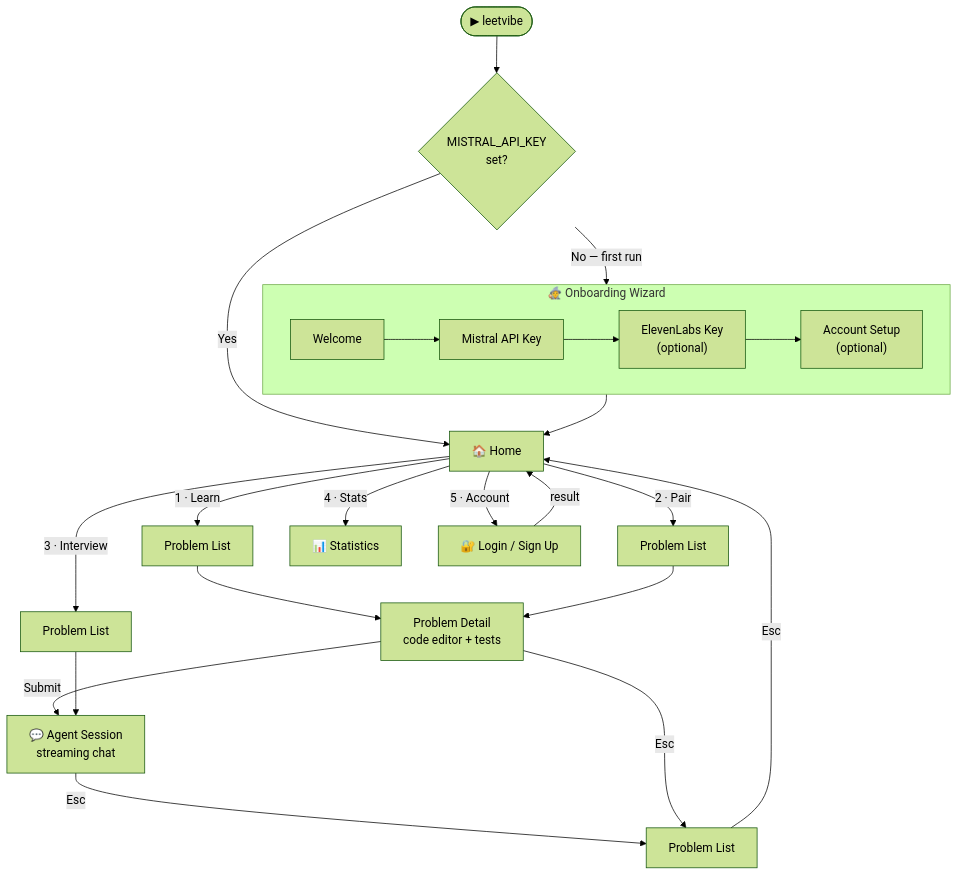
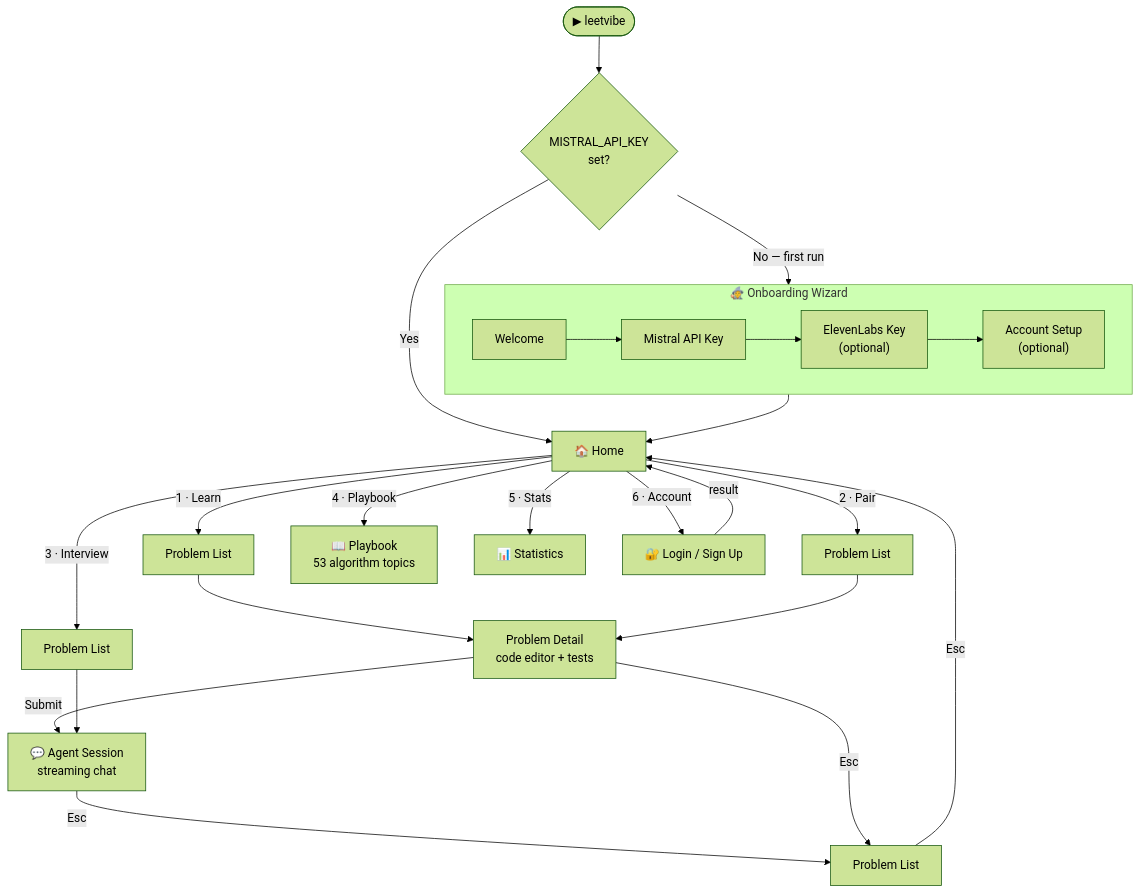
One commit to Hiba-Chaabnia/LeetVibe changed the second of 7 diagrams in README.md. Above: the diagram before and after it, drawn with Mermaid (forest theme). The commit also changed other lines of this file and 70 other files, not shown here.

Commit message:
feat: introduce 53-topic algorithm playbook (v0.1.4)

````diff
--- a/README.md
+++ b/README.md
@@ -177,30 +220,31 @@
 ```mermaid
 flowchart TD
     Launch(["▶ leetvibe"])
     Launch --> Check{"MISTRAL_API_KEY\nset?"}
     Check -- "No — first run" --> Onboard
     Check -- "Yes" --> Home
 
     subgraph Onboard["🧙 Onboarding Wizard"]
         W["Welcome"] --> AK["Mistral API Key"]
         AK --> EL["ElevenLabs Key\n(optional)"]
         EL --> AC["Account Setup\n(optional)"]
     end
 
     Onboard --> Home["🏠 Home"]
 
     Home -- "1 · Learn" --> LL["Problem List"]
     Home -- "2 · Pair" --> CL["Problem List"]
     Home -- "3 · Interview" --> IL["Problem List"]
-    Home -- "4 · Stats" --> Stats["📊 Statistics"]
-    Home -- "5 · Account" --> Login["🔐 Login / Sign Up"]
+    Home -- "4 · Playbook" --> Playbook["📖 Playbook\n53 algorithm topics"]
+    Home -- "5 · Stats" --> Stats["📊 Statistics"]
+    Home -- "6 · Account" --> Login["🔐 Login / Sign Up"]
     Login -- result --> Home
 
     LL & CL --> Detail["Problem Detail\ncode editor + tests"]
     Detail -- "Submit" --> Session["💬 Agent Session\nstreaming chat"]
     IL --> Session
 
     Session -- "Esc" --> CL2["Problem List"]
     Detail -- "Esc" --> CL2
     CL2 -- "Esc" --> Home
 ```
````
